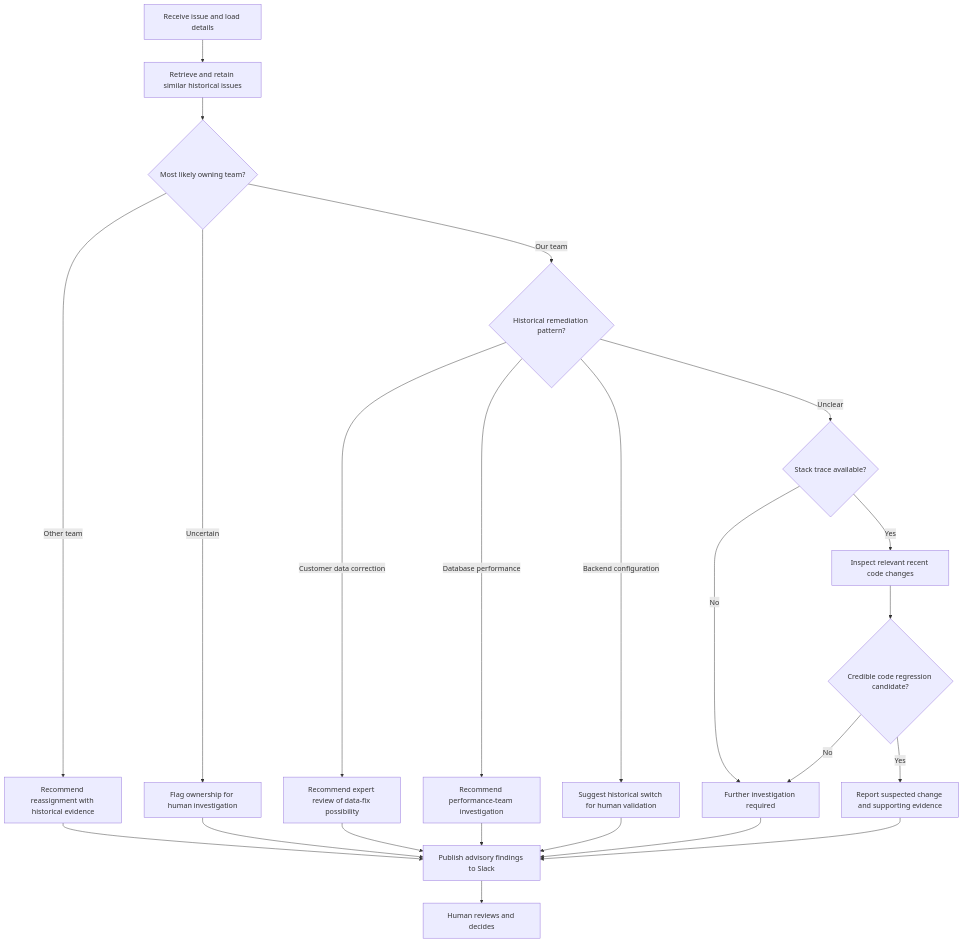
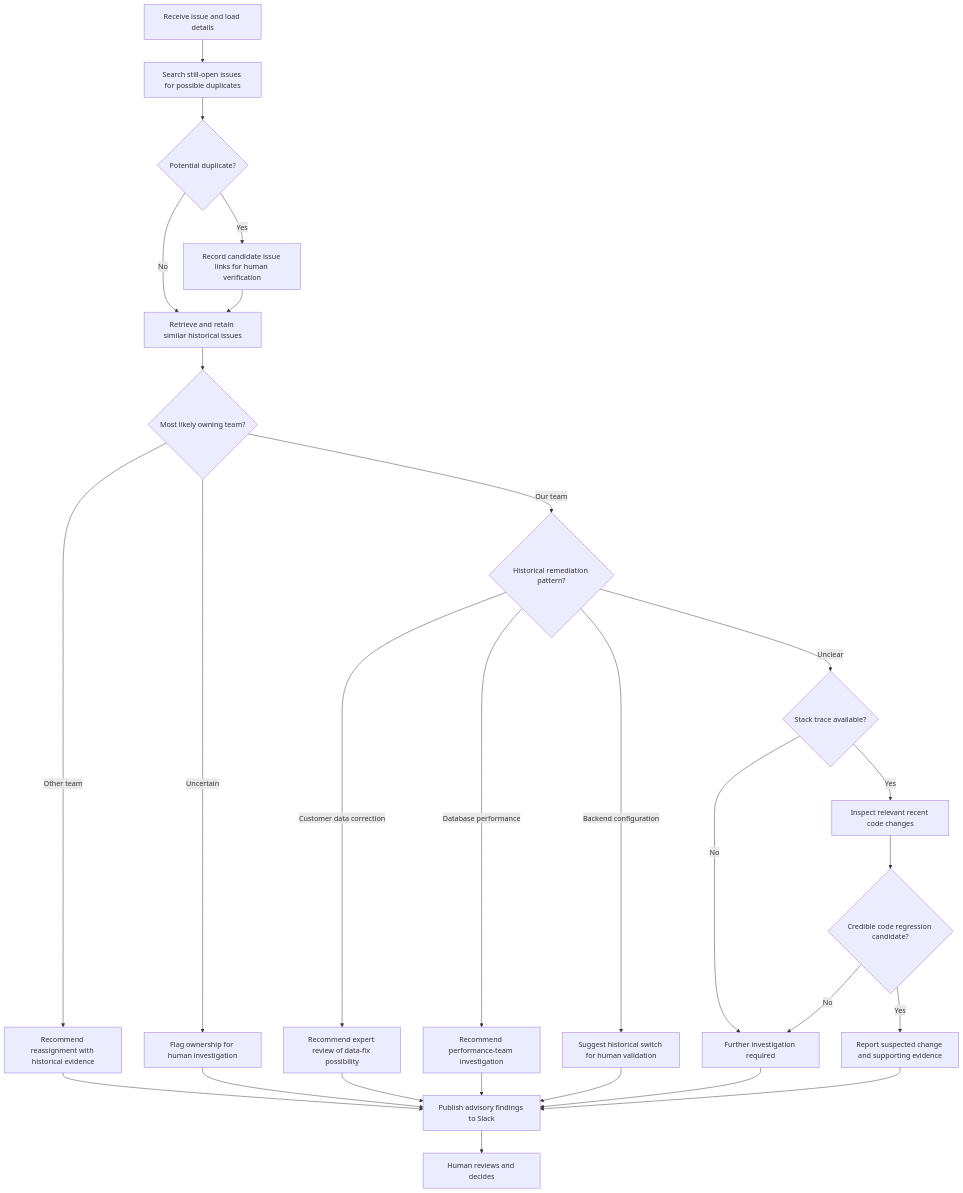
The diagram in docs/diagrams/02-v1-triage-decision.mmd (yrshenoy/IssuePilot), drawn with Mermaid before and after one commit.

Commit message:
docs: include live issue duplicate detection in V1

```diff
--- a/docs/diagrams/02-v1-triage-decision.mmd
+++ b/docs/diagrams/02-v1-triage-decision.mmd
@@ -1,23 +1,27 @@
 flowchart TD
-    A["Receive issue and load details"] --> B["Retrieve and retain similar historical issues"]
+    A["Receive issue and load details"] --> AA["Search still-open issues for possible duplicates"]
+    AA --> AB{"Potential duplicate?"}
+    AB -->|Yes| AC["Record candidate issue links for human verification"]
+    AB -->|No| B["Retrieve and retain similar historical issues"]
+    AC --> B
     B --> C{"Most likely owning team?"}
     C -->|Other team| D["Recommend reassignment with historical evidence"]
     C -->|Our team| E{"Historical remediation pattern?"}
     C -->|Uncertain| F["Flag ownership for human investigation"]
     E -->|Customer data correction| G["Recommend expert review of data-fix possibility"]
     E -->|Database performance| H["Recommend performance-team investigation"]
     E -->|Backend configuration| I["Suggest historical switch for human validation"]
     E -->|Unclear| J{"Stack trace available?"}
     J -->|Yes| K["Inspect relevant recent code changes"]
     J -->|No| L["Further investigation required"]
     K --> M{"Credible code regression candidate?"}
     M -->|Yes| N["Report suspected change and supporting evidence"]
     M -->|No| L
     D --> O["Publish advisory findings to Slack"]
     F --> O
     G --> O
     H --> O
     I --> O
     L --> O
     N --> O
     O --> P["Human reviews and decides"]
```
